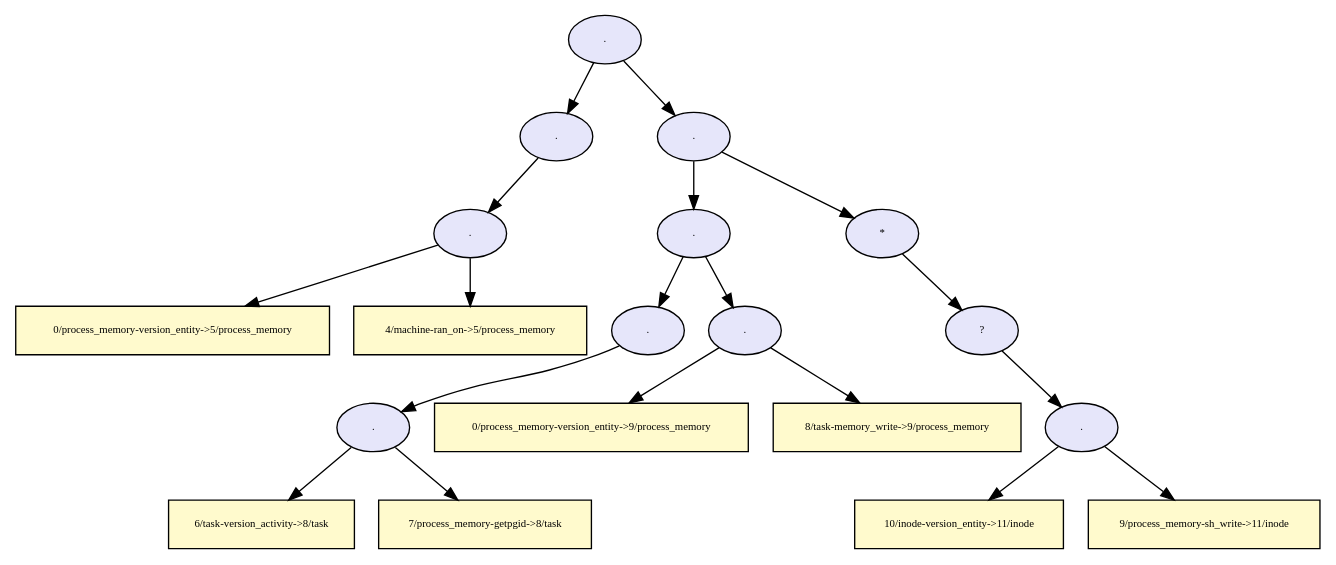
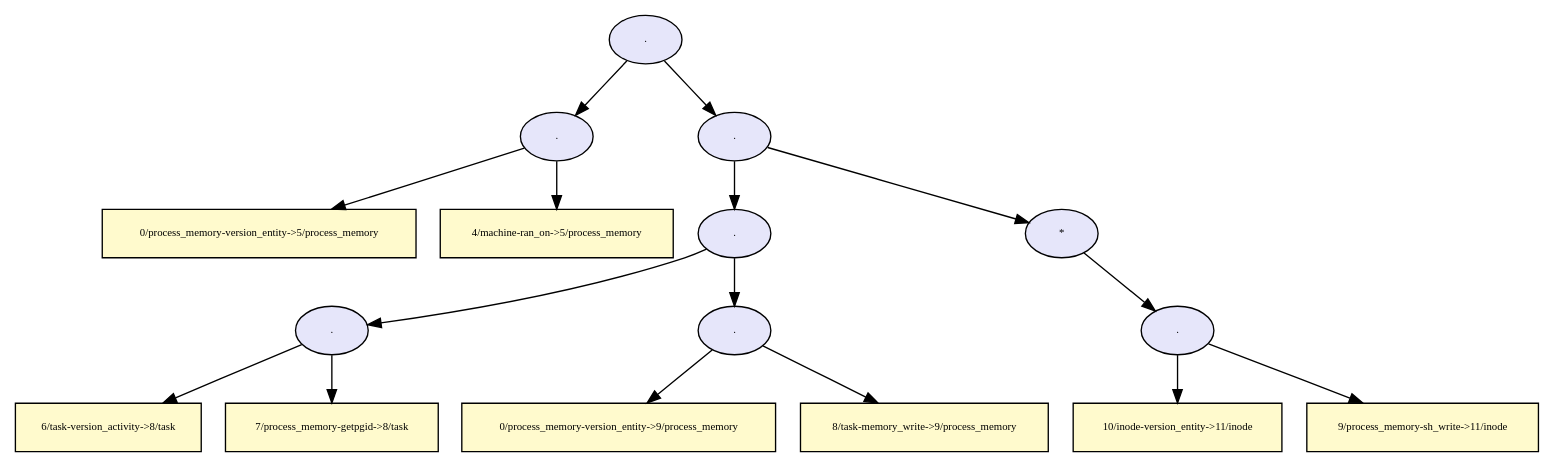
Before and after one commit to TinkerBellSystem/graph-matching: the diagram in dot/provenance_task_getpgid_tree.dot, drawn with Graphviz. The commit also changed 68 other files, not shown here.

```diff
--- a/dot/provenance_task_getpgid_tree.dot
+++ b/dot/provenance_task_getpgid_tree.dot
@@ -1,75 +1,63 @@
 digraph RGL__DirectedAdjacencyGraph {21[fontsize = 8,label = ".",shape = ellipse, fillcolor="#e6e6fa", style = filled]
 
-21 -> 6[fontsize = 8, color="#000000"]
-
-6[fontsize = 8,label = ".",shape = ellipse, fillcolor="#e6e6fa", style = filled]
-
-6 -> 5[fontsize = 8, color="#000000"]
+21 -> 5[fontsize = 8, color="#000000"]
 
 5[fontsize = 8,label = ".",shape = ellipse, fillcolor="#e6e6fa", style = filled]
 
 5 -> 3[fontsize = 8, color="#000000"]
 
 3[fontsize = 8,label = "0/process_memory-version_entity->5/process_memory",shape = rectangle, fillcolor="#fffacd", style = filled]
 
 5 -> 4[fontsize = 8, color="#000000"]
 
 4[fontsize = 8,label = "4/machine-ran_on->5/process_memory",shape = rectangle, fillcolor="#fffacd", style = filled]
 
 21 -> 20[fontsize = 8, color="#000000"]
 
 20[fontsize = 8,label = ".",shape = ellipse, fillcolor="#e6e6fa", style = filled]
 
 20 -> 14[fontsize = 8, color="#000000"]
 
 14[fontsize = 8,label = ".",shape = ellipse, fillcolor="#e6e6fa", style = filled]
 
-14 -> 10[fontsize = 8, color="#000000"]
-
-10[fontsize = 8,label = ".",shape = ellipse, fillcolor="#e6e6fa", style = filled]
-
-10 -> 9[fontsize = 8, color="#000000"]
+14 -> 9[fontsize = 8, color="#000000"]
 
 9[fontsize = 8,label = ".",shape = ellipse, fillcolor="#e6e6fa", style = filled]
 
 9 -> 7[fontsize = 8, color="#000000"]
 
 7[fontsize = 8,label = "6/task-version_activity->8/task",shape = rectangle, fillcolor="#fffacd", style = filled]
 
 9 -> 8[fontsize = 8, color="#000000"]
 
 8[fontsize = 8,label = "7/process_memory-getpgid->8/task",shape = rectangle, fillcolor="#fffacd", style = filled]
 
 14 -> 13[fontsize = 8, color="#000000"]
 
 13[fontsize = 8,label = ".",shape = ellipse, fillcolor="#e6e6fa", style = filled]
 
 13 -> 11[fontsize = 8, color="#000000"]
 
 11[fontsize = 8,label = "0/process_memory-version_entity->9/process_memory",shape = rectangle, fillcolor="#fffacd", style = filled]
 
 13 -> 12[fontsize = 8, color="#000000"]
 
 12[fontsize = 8,label = "8/task-memory_write->9/process_memory",shape = rectangle, fillcolor="#fffacd", style = filled]
 
 20 -> 19[fontsize = 8, color="#000000"]
 
 19[fontsize = 8,label = "*",shape = ellipse, fillcolor="#e6e6fa", style = filled]
 
-19 -> 18[fontsize = 8, color="#000000"]
-
-18[fontsize = 8,label = "?",shape = ellipse, fillcolor="#e6e6fa", style = filled]
-
-18 -> 17[fontsize = 8, color="#000000"]
+19 -> 17[fontsize = 8, color="#000000"]
 
 17[fontsize = 8,label = ".",shape = ellipse, fillcolor="#e6e6fa", style = filled]
 
 17 -> 15[fontsize = 8, color="#000000"]
 
 15[fontsize = 8,label = "10/inode-version_entity->11/inode",shape = rectangle, fillcolor="#fffacd", style = filled]
 
 17 -> 16[fontsize = 8, color="#000000"]
 
 16[fontsize = 8,label = "9/process_memory-sh_write->11/inode",shape = rectangle, fillcolor="#fffacd", style = filled]
 
 }
```
